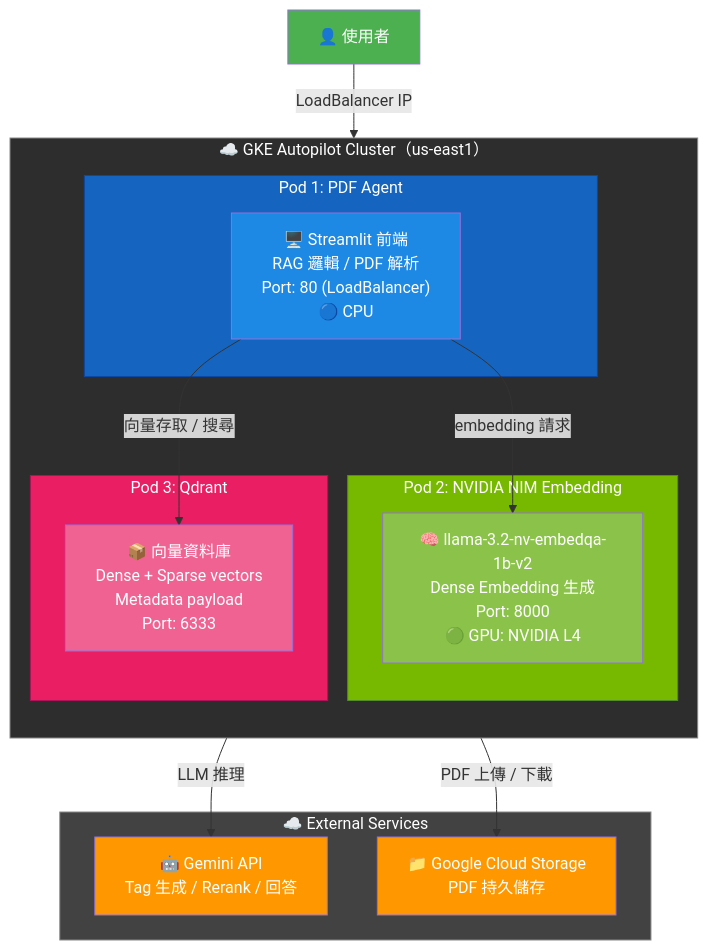
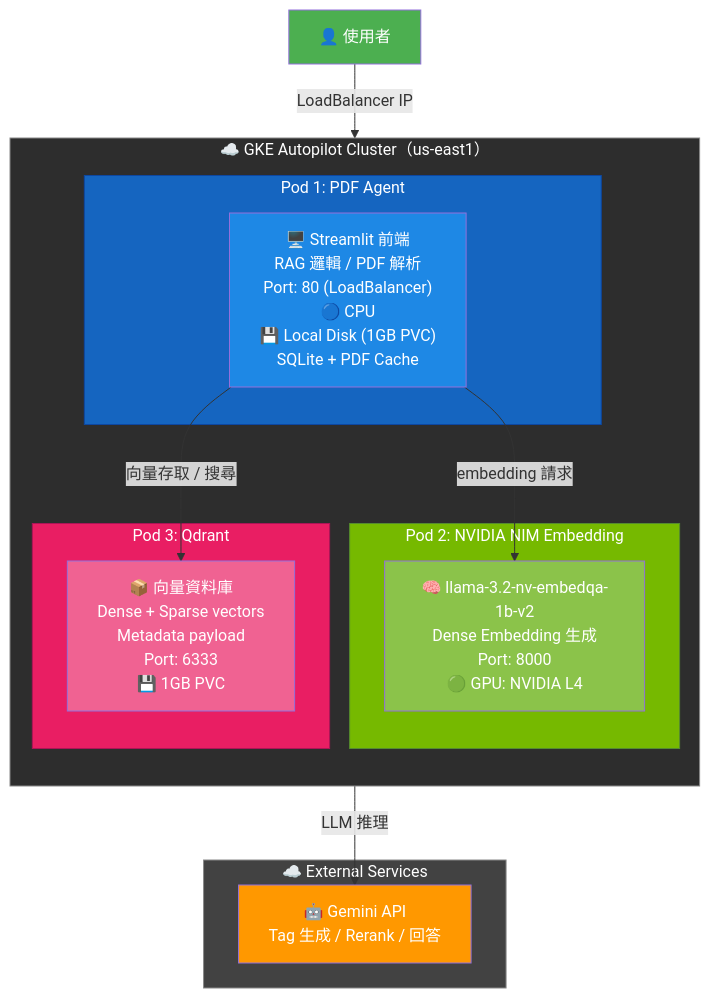
Before and after one commit to spike688023/pdf_parser_agent: the first of 6 diagrams in docs/pdf_pipeline_flowchart.md, drawn with Mermaid. The commit also changed other lines of this file and 2 other files, not shown here.

Commit message:
refactor: remove GCS dependency and update documentation to reflect local PVC storage

````diff
--- a/docs/pdf_pipeline_flowchart.md
+++ b/docs/pdf_pipeline_flowchart.md
@@ -5,43 +5,40 @@
 ```mermaid
 flowchart TB
     subgraph GKE["☁️ GKE Autopilot Cluster（us-east1）"]
         direction TB
         
         subgraph pod1["Pod 1: PDF Agent"]
-            A["🖥️ Streamlit 前端<br/>RAG 邏輯 / PDF 解析<br/>Port: 80 (LoadBalancer)<br/>🔵 CPU"]
+            A["🖥️ Streamlit 前端<br/>RAG 邏輯 / PDF 解析<br/>Port: 80 (LoadBalancer)<br/>🔵 CPU<br/>💾 Local Disk (1GB PVC)<br/>SQLite + PDF Cache"]
         end
         
         subgraph pod2["Pod 2: NVIDIA NIM Embedding"]
             B["🧠 llama-3.2-nv-embedqa-1b-v2<br/>Dense Embedding 生成<br/>Port: 8000<br/>🟢 GPU: NVIDIA L4"]
         end
         
         subgraph pod3["Pod 3: Qdrant"]
-            C["📦 向量資料庫<br/>Dense + Sparse vectors<br/>Metadata payload<br/>Port: 6333"]
+            C["📦 向量資料庫<br/>Dense + Sparse vectors<br/>Metadata payload<br/>Port: 6333<br/>💾 1GB PVC"]
         end
         
         A -->|"embedding 請求"| B
         A -->|"向量存取 / 搜尋"| C
     end
     
     subgraph external["☁️ External Services"]
         D["🤖 Gemini API<br/>Tag 生成 / Rerank / 回答"]
-        E["📁 Google Cloud Storage<br/>PDF 持久儲存"]
     end
     
     A -->|"LLM 推理"| D
-    A -->|"PDF 上傳 / 下載"| E
     
     F["👤 使用者"] -->|"LoadBalancer IP"| A
 
     style GKE fill:#2d2d2d,stroke:#888,color:#fff
     style pod1 fill:#1565C0,stroke:#0D47A1,color:#fff
     style pod2 fill:#76B900,stroke:#558B2F,color:#fff
     style pod3 fill:#E91E63,stroke:#AD1457,color:#fff
     style A fill:#1E88E5,color:#fff
     style B fill:#8BC34A,color:#fff
     style C fill:#F06292,color:#fff
     style D fill:#FF9800,color:#fff
-    style E fill:#FF9800,color:#fff
     style F fill:#4CAF50,color:#fff
     style external fill:#424242,stroke:#888,color:#fff
 ```
````
